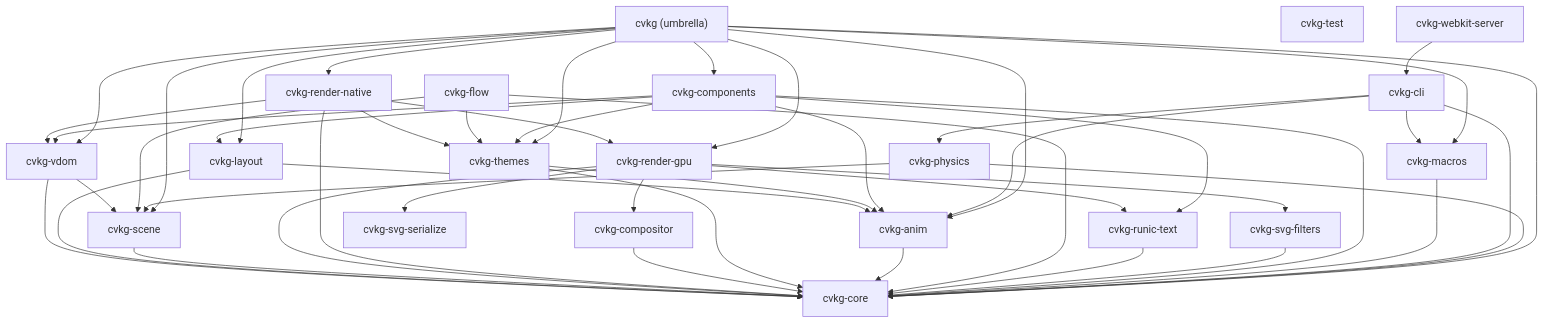
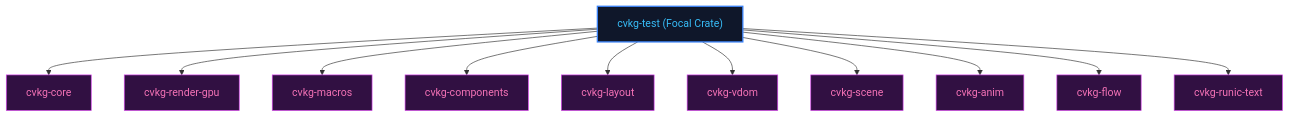
Before and after one commit to sydonayrex/cvkg: the diagram in cvkg-test/README.md, drawn with Mermaid. The commit also changed other lines of this file and 91 other files, not shown here.

````diff
--- a/cvkg-test/README.md
+++ b/cvkg-test/README.md
@@ -3,79 +11,28 @@
 ```mermaid
 graph TD
+    cvkg-test["cvkg-test (Focal Crate)"]
     cvkg-core["cvkg-core"]
+    cvkg-test --> cvkg-core
+    cvkg-render-gpu["cvkg-render-gpu"]
+    cvkg-test --> cvkg-render-gpu
+    cvkg-macros["cvkg-macros"]
+    cvkg-test --> cvkg-macros
+    cvkg-components["cvkg-components"]
+    cvkg-test --> cvkg-components
+    cvkg-layout["cvkg-layout"]
+    cvkg-test --> cvkg-layout
     cvkg-vdom["cvkg-vdom"]
+    cvkg-test --> cvkg-vdom
     cvkg-scene["cvkg-scene"]
-    cvkg-layout["cvkg-layout"]
-    cvkg-render-gpu["cvkg-render-gpu"]
-    cvkg-render-native["cvkg-render-native"]
-    cvkg-compositor["cvkg-compositor"]
-    cvkg-themes["cvkg-themes"]
+    cvkg-test --> cvkg-scene
     cvkg-anim["cvkg-anim"]
+    cvkg-test --> cvkg-anim
     cvkg-flow["cvkg-flow"]
+    cvkg-test --> cvkg-flow
     cvkg-runic-text["cvkg-runic-text"]
-    cvkg-svg-filters["cvkg-svg-filters"]
-    cvkg-svg-serialize["cvkg-svg-serialize"]
-    cvkg-components["cvkg-components"]
-    cvkg-macros["cvkg-macros"]
-    cvkg-cli["cvkg-cli"]
-    cvkg-webkit-server["cvkg-webkit-server"]
-    cvkg-test["cvkg-test"]
-    cvkg-physics["cvkg-physics"]
-    cvkg["cvkg (umbrella)"]
-
-    cvkg-vdom --> cvkg-core
-    cvkg-vdom --> cvkg-scene
-    cvkg-layout --> cvkg-core
-    cvkg-layout --> cvkg-anim
-    cvkg-scene --> cvkg-core
-
-    cvkg-render-gpu --> cvkg-core
-    cvkg-render-gpu --> cvkg-compositor
-    cvkg-render-gpu --> cvkg-svg-filters
-    cvkg-render-gpu --> cvkg-svg-serialize
-    cvkg-render-gpu --> cvkg-runic-text
-
-    cvkg-render-native --> cvkg-core
-    cvkg-render-native --> cvkg-render-gpu
-    cvkg-render-native --> cvkg-vdom
-    cvkg-render-native --> cvkg-themes
-
-    cvkg-compositor --> cvkg-core
-
-    cvkg-themes --> cvkg-core
-    cvkg-themes --> cvkg-anim
-    cvkg-anim --> cvkg-core
-    cvkg-flow --> cvkg-core
-    cvkg-flow --> cvkg-scene
-    cvkg-flow --> cvkg-themes
-
-    cvkg-runic-text --> cvkg-core
-    cvkg-svg-filters --> cvkg-core
-
-    cvkg-components --> cvkg-core
-    cvkg-components --> cvkg-vdom
-    cvkg-components --> cvkg-layout
-    cvkg-components --> cvkg-themes
-    cvkg-components --> cvkg-anim
-    cvkg-components --> cvkg-runic-text
-
-    cvkg-macros --> cvkg-core
-    cvkg-cli --> cvkg-core
-    cvkg-cli --> cvkg-physics
-    cvkg-cli --> cvkg-anim
-    cvkg-cli --> cvkg-macros
-    cvkg-webkit-server --> cvkg-cli
-    cvkg-physics --> cvkg-core
-    cvkg-physics --> cvkg-scene
-
-    cvkg --> cvkg-core
-    cvkg --> cvkg-vdom
-    cvkg --> cvkg-scene
-    cvkg --> cvkg-layout
-    cvkg --> cvkg-themes
-    cvkg --> cvkg-anim
-    cvkg --> cvkg-macros
-    cvkg --> cvkg-components
-    cvkg --> cvkg-render-gpu
-    cvkg --> cvkg-render-native
+    cvkg-test --> cvkg-runic-text
+    classDef focal fill:#0f172a,stroke:#3b82f6,color:#38bdf8,stroke-width:2px
+    classDef sibling fill:#311042,stroke:#d946ef,color:#f472b6,stroke-width:1px
+    class cvkg-test focal
+    class cvkg-vdom,cvkg-core,cvkg-runic-text,cvkg-scene,cvkg-macros,cvkg-anim,cvkg-flow,cvkg-components,cvkg-render-gpu,cvkg-layout sibling
 ```
````
